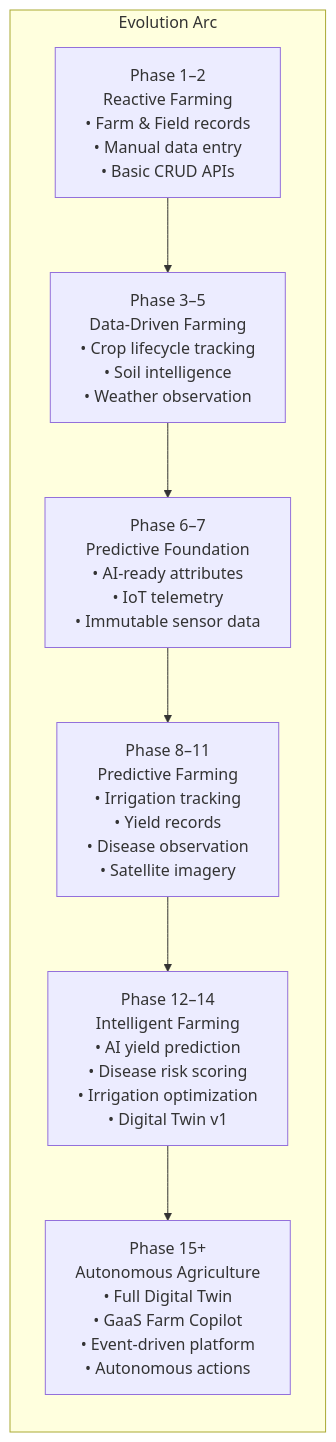
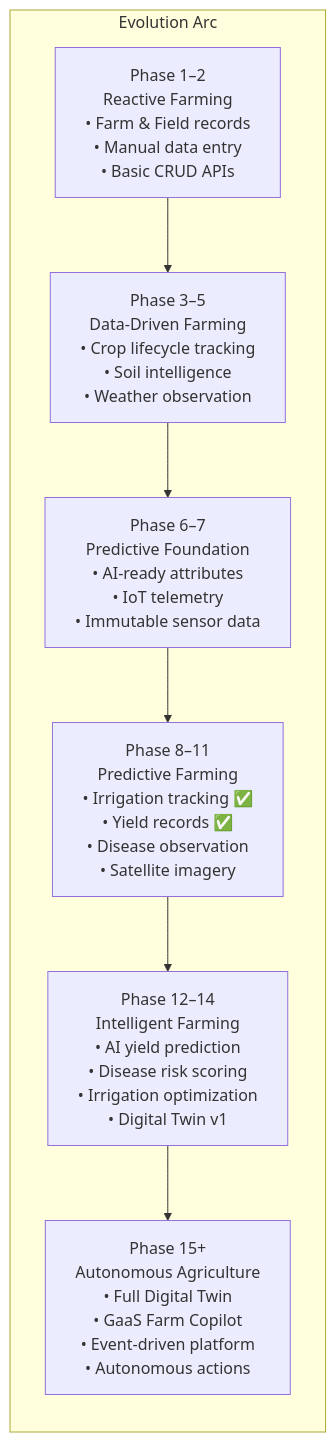
One commit to santoshnarayanan/AGRIFLOW-AI changed diagram 18 of 18 in docs/09-architecture-diagrams.md. Above: the diagram before and after it, drawn with Mermaid. The commit also changed other lines of this file and 7 other files, not shown here.

````diff
--- a/docs/09-architecture-diagrams.md
+++ b/docs/09-architecture-diagrams.md
@@ -1300,13 +1305,13 @@
 ```mermaid
 graph LR
     subgraph "Evolution Arc"
         P1["Phase 1–2\nReactive Farming\n• Farm & Field records\n• Manual data entry\n• Basic CRUD APIs"]
         P2["Phase 3–5\nData-Driven Farming\n• Crop lifecycle tracking\n• Soil intelligence\n• Weather observation"]
         P3["Phase 6–7\nPredictive Foundation\n• AI-ready attributes\n• IoT telemetry\n• Immutable sensor data"]
-        P4["Phase 8–11\nPredictive Farming\n• Irrigation tracking\n• Yield records\n• Disease observation\n• Satellite imagery"]
+        P4["Phase 8–11\nPredictive Farming\n• Irrigation tracking ✅\n• Yield records ✅\n• Disease observation\n• Satellite imagery"]
         P5["Phase 12–14\nIntelligent Farming\n• AI yield prediction\n• Disease risk scoring\n• Irrigation optimization\n• Digital Twin v1"]
         P6["Phase 15+\nAutonomous Agriculture\n• Full Digital Twin\n• GaaS Farm Copilot\n• Event-driven platform\n• Autonomous actions"]
     end
 
     P1 --> P2 --> P3 --> P4 --> P5 --> P6
 ```
````
